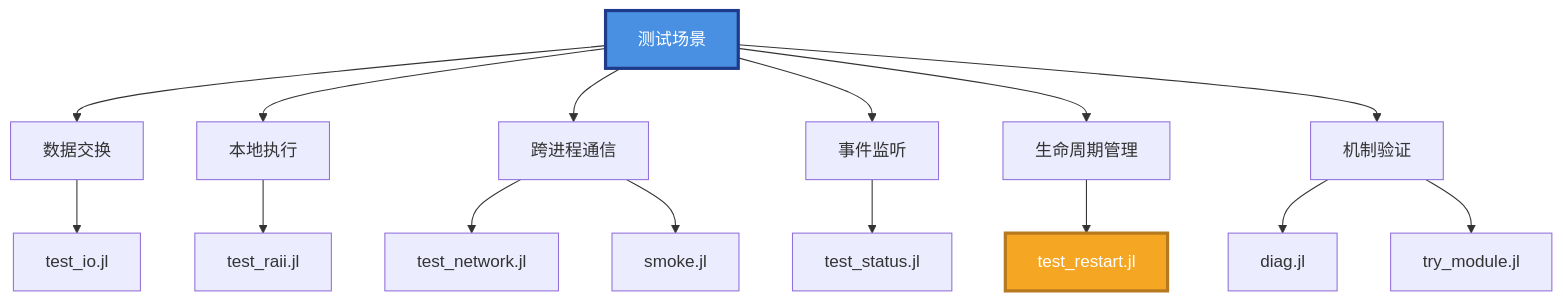
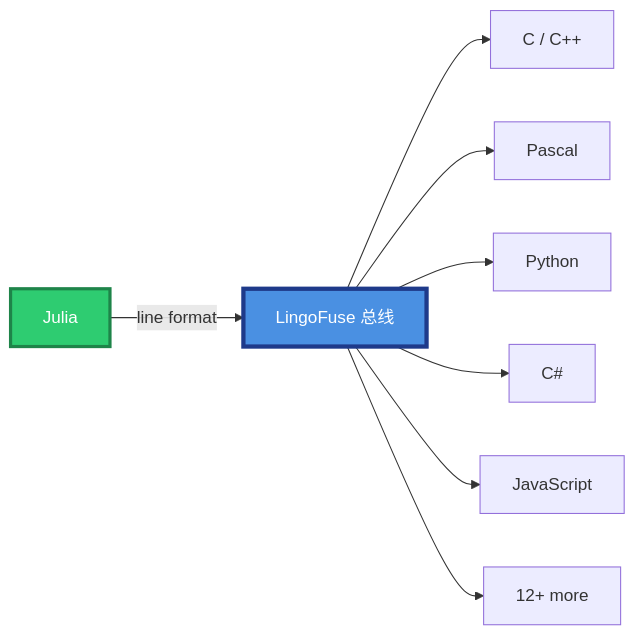
One commit to PassByYou888/LingoFuse changed diagram 23 of 29 in julia/README.md. Above: the diagram before and after it, drawn with Mermaid. The commit also changed other lines of this file and 41 other files, not shown here.

````diff
--- a/julia/README.md
+++ b/julia/README.md
@@ -988,23 +1051,13 @@
 ```mermaid
-flowchart TB
-    S["测试场景"]
+flowchart LR
+    J["Julia"] -->|"line format"| BUS["LingoFuse 总线"]
+    BUS --> C["C / C++"]
+    BUS --> P["Pascal"]
+    BUS --> PY["Python"]
+    BUS --> CS["C#"]
+    BUS --> JS["JavaScript"]
+    BUS --> MORE["12+ more"]
 
-    S --> A["数据交换"]
-    S --> B["本地执行"]
-    S --> C["跨进程通信"]
-    S --> D["事件监听"]
-    S --> E["生命周期管理"]
-    S --> F["机制验证"]
-
-    A --> A1["test_io.jl"]
-    B --> B1["test_raii.jl"]
-    C --> C1["test_network.jl"]
-    C --> C2["smoke.jl"]
-    D --> D1["test_status.jl"]
-    E --> E1["test_restart.jl"]
-    F --> F1["diag.jl"]
-    F --> F2["try_module.jl"]
-
-    style S fill:#4A90E2,stroke:#1E3A8A,stroke-width:3px,color:#FFFFFF
-    style E1 fill:#F5A623,stroke:#B7791F,stroke-width:3px,color:#FFFFFF
+    style BUS fill:#4A90E2,stroke:#1E3A8A,stroke-width:4px,color:#FFFFFF
+    style J fill:#2ECC71,stroke:#1E8449,stroke-width:3px,color:#FFFFFF
 ```
````
